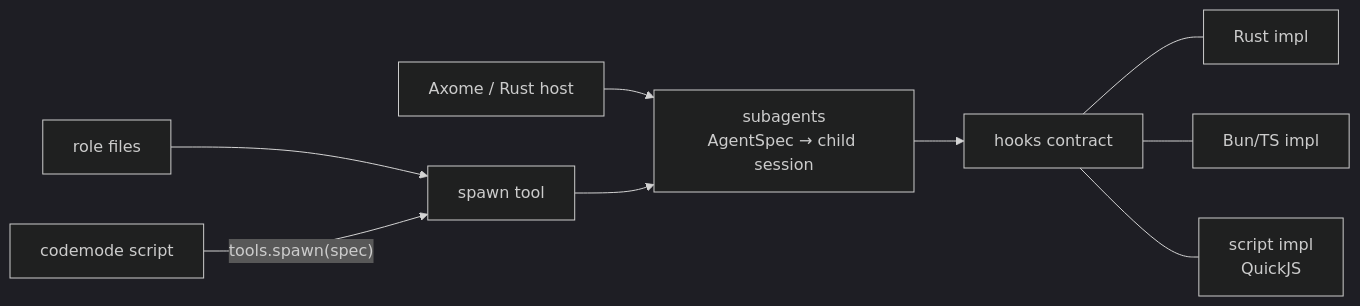
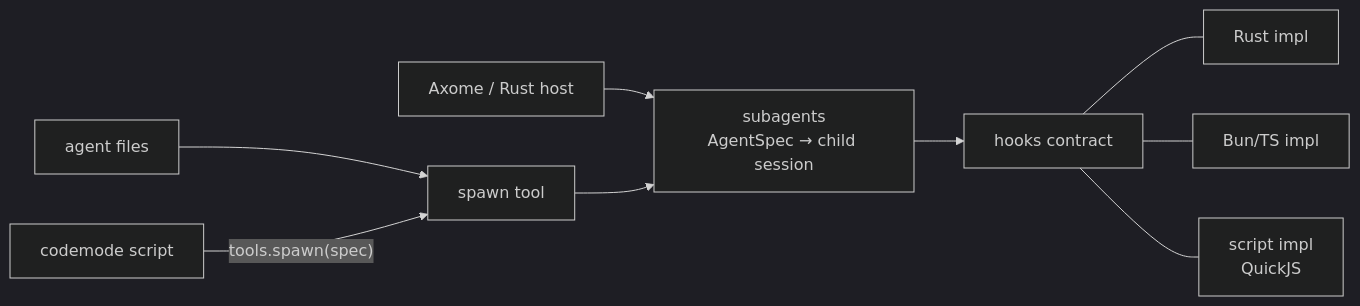
The second of 2 diagrams in plan/plan.md (Axo-Gnosis/Axo), drawn with Mermaid (dark theme) before and after one commit. The commit also changed other lines of this file and 11 other files, not shown here.

Commit message:
docs: synchronize guides, plans, and comments with implemented agent architecture

````diff
--- a/plan/plan.md
+++ b/plan/plan.md
@@ -185,11 +180,11 @@
 ```mermaid
 flowchart LR
-  R[role files] --> T[spawn tool]
+  R[agent files] --> T[spawn tool]
   C[codemode script] -->|"tools.spawn(spec)"| T
   H[Axome / Rust host] --> A
   T --> A["subagents<br/>AgentSpec → child session"]
   A --> K["hooks contract"]
   K --- K1[Rust impl]
   K --- K2[Bun/TS impl]
   K --- K3[script impl<br/>QuickJS]
 ```
````
